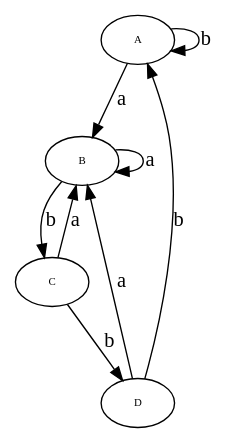
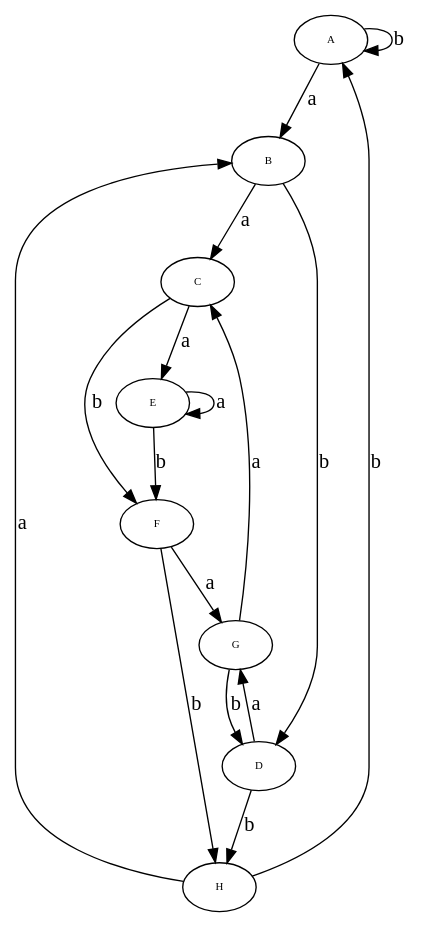
Before and after one commit to GDawg4/P1: the diagram in graph_direct.dot, drawn with Graphviz. The commit also changed 5 other files, not shown here.

```diff
--- a/graph_direct.dot
+++ b/graph_direct.dot
@@ -1,61 +1,121 @@
 digraph RGL__DirectedAdjacencyGraph {
     A [
         fontsize = 8,
         label = A
     ]
 
     B [
         fontsize = 8,
         label = B
     ]
 
     C [
         fontsize = 8,
         label = C
     ]
 
     D [
         fontsize = 8,
         label = D
     ]
 
+    E [
+        fontsize = 8,
+        label = E
+    ]
+
+    F [
+        fontsize = 8,
+        label = F
+    ]
+
+    G [
+        fontsize = 8,
+        label = G
+    ]
+
+    H [
+        fontsize = 8,
+        label = H
+    ]
+
     A -> B [
         fontsize = 15,
         label = a
     ]
 
     A -> A [
         fontsize = 15,
         label = b
     ]
 
-    B -> B [
+    B -> C [
         fontsize = 15,
         label = a
     ]
 
-    B -> C [
+    B -> D [
         fontsize = 15,
         label = b
     ]
 
-    C -> B [
+    C -> E [
         fontsize = 15,
         label = a
     ]
 
-    C -> D [
+    C -> F [
         fontsize = 15,
         label = b
     ]
 
-    D -> B [
+    D -> G [
         fontsize = 15,
         label = a
     ]
 
-    D -> A [
+    D -> H [
+        fontsize = 15,
+        label = b
+    ]
+
+    E -> E [
+        fontsize = 15,
+        label = a
+    ]
+
+    E -> F [
+        fontsize = 15,
+        label = b
+    ]
+
+    F -> G [
+        fontsize = 15,
+        label = a
+    ]
+
+    F -> H [
+        fontsize = 15,
+        label = b
+    ]
+
+    G -> C [
+        fontsize = 15,
+        label = a
+    ]
+
+    G -> D [
+        fontsize = 15,
+        label = b
+    ]
+
+    H -> B [
+        fontsize = 15,
+        label = a
+    ]
+
+    H -> A [
         fontsize = 15,
         label = b
     ]
 }
```
